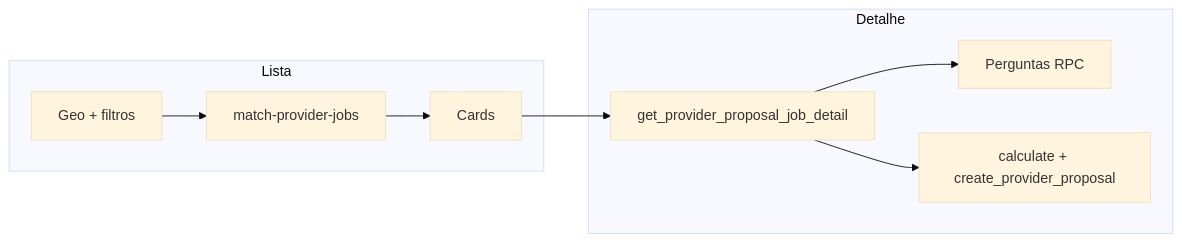
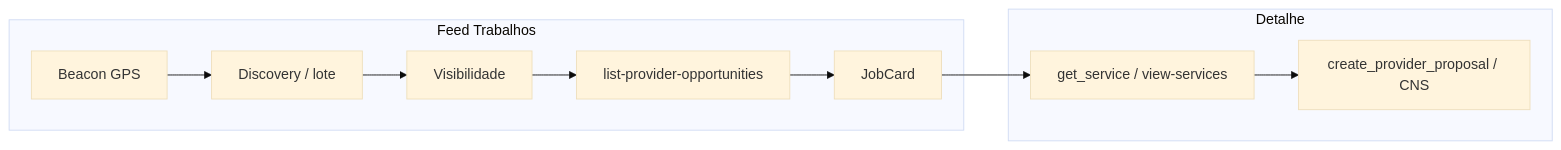
One commit to higorpo/renovi-orbit-test changed the diagram in docs/business/modulos/provider-jobs/features/trabalhos-e-propostas.md. Above: the diagram before and after it, drawn with Mermaid (base theme). The commit also changed other lines of this file and 206 other files, not shown here.

````diff
--- a/docs/business/modulos/provider-jobs/features/trabalhos-e-propostas.md
+++ b/docs/business/modulos/provider-jobs/features/trabalhos-e-propostas.md
@@ -273,12 +284,13 @@
 ```mermaid
 flowchart LR
-  subgraph list [Lista]
-    L[Geo + filtros] --> E[match-provider-jobs]
-    E --> C[Cards]
+  subgraph feed [Feed Trabalhos]
+    B[Beacon GPS] --> D[Discovery / lote]
+    D --> V[Visibilidade]
+    V --> E[list-provider-opportunities]
+    E --> C[JobCard]
   end
   subgraph detail [Detalhe]
-    C --> D[get_provider_proposal_job_detail]
-    D --> Q[Perguntas RPC]
-    D --> P[calculate + create_provider_proposal]
+    C --> G[get_service / view-services]
+    G --> P[create_provider_proposal / CNS]
   end
 ```
````
